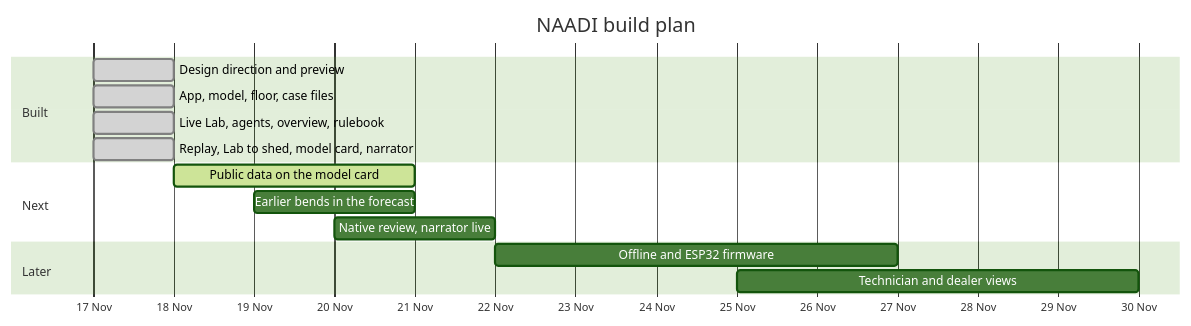
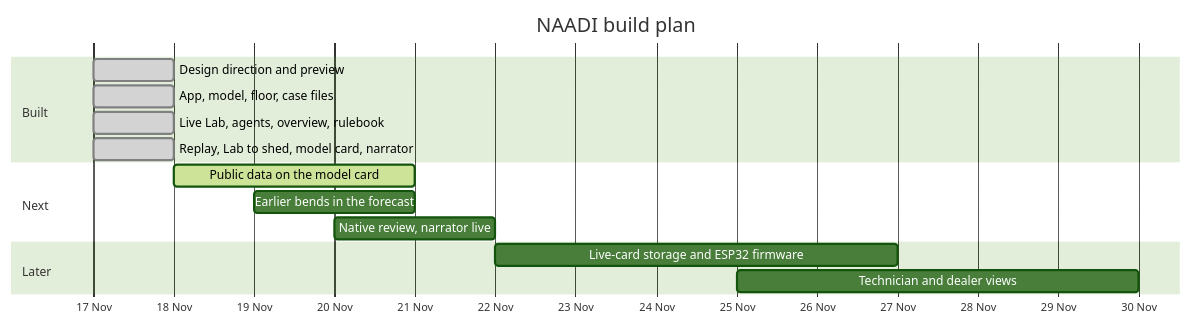
The diagram in docs/08-roadmap.md (vizsh/Naadi), drawn with Mermaid (forest theme) before and after one commit. The commit also changed other lines of this file and 16 other files, not shown here.

First line of the commit message:
Offline and storage: service worker, persisted decisions, decision log

````diff
--- a/docs/08-roadmap.md
+++ b/docs/08-roadmap.md
@@ -49,18 +50,18 @@
 ```mermaid
 gantt
   title NAADI build plan
   dateFormat  YYYY-MM-DD
   axisFormat  %d %b
   section Built
   Design direction and preview          :done, d1, 2026-11-17, 1d
   App, model, floor, case files         :done, d2, 2026-11-17, 1d
   Live Lab, agents, overview, rulebook  :done, d3, 2026-11-17, 1d
   Replay, Lab to shed, model card, narrator :done, d4, 2026-11-17, 1d
   section Next
   Public data on the model card         :active, n1, 2026-11-18, 3d
   Earlier bends in the forecast         :n2, 2026-11-19, 2d
   Native review, narrator live          :n3, 2026-11-20, 2d
   section Later
-  Offline and ESP32 firmware            :l1, 2026-11-22, 5d
+  Live-card storage and ESP32 firmware  :l1, 2026-11-22, 5d
   Technician and dealer views           :l2, 2026-11-25, 5d
 ```
````
